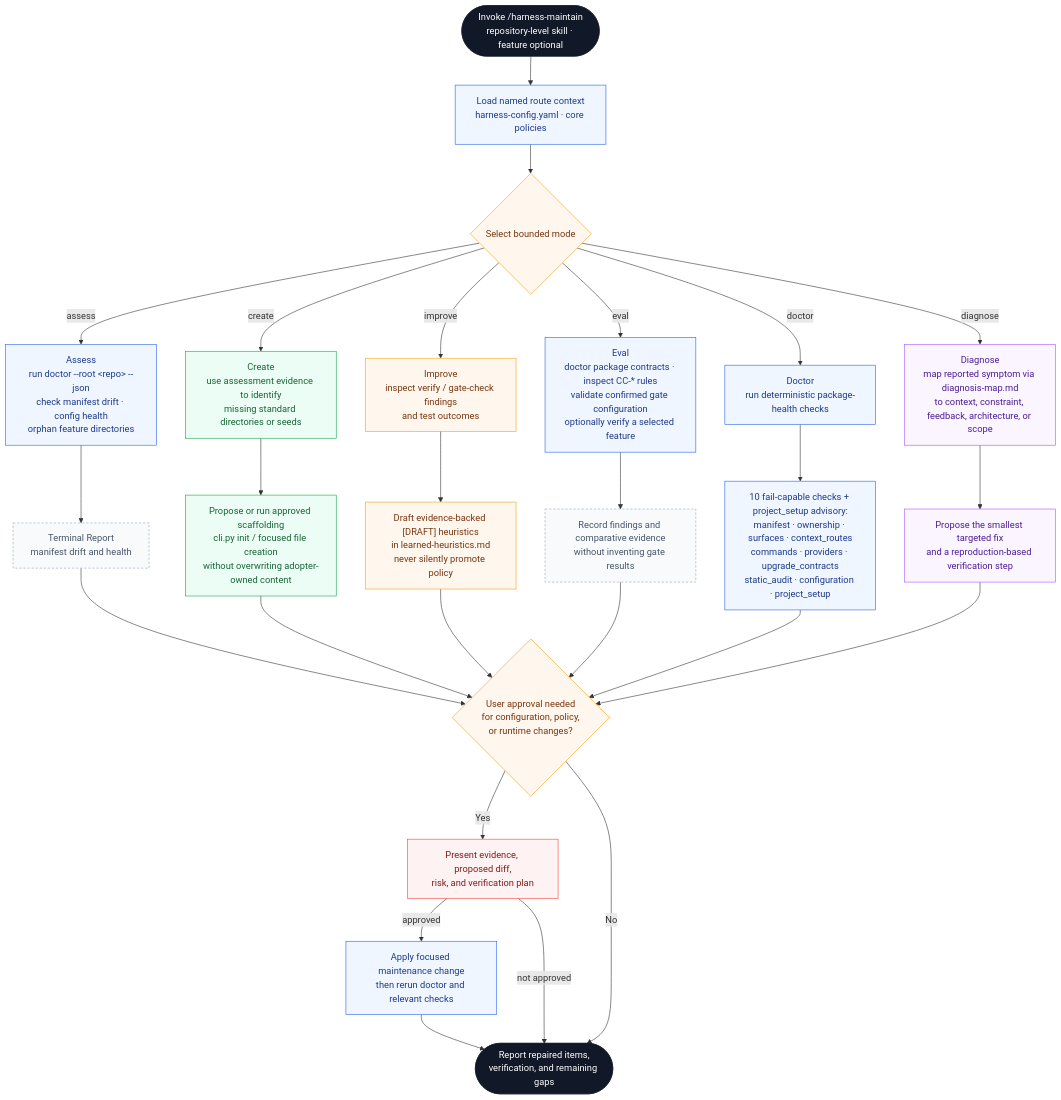
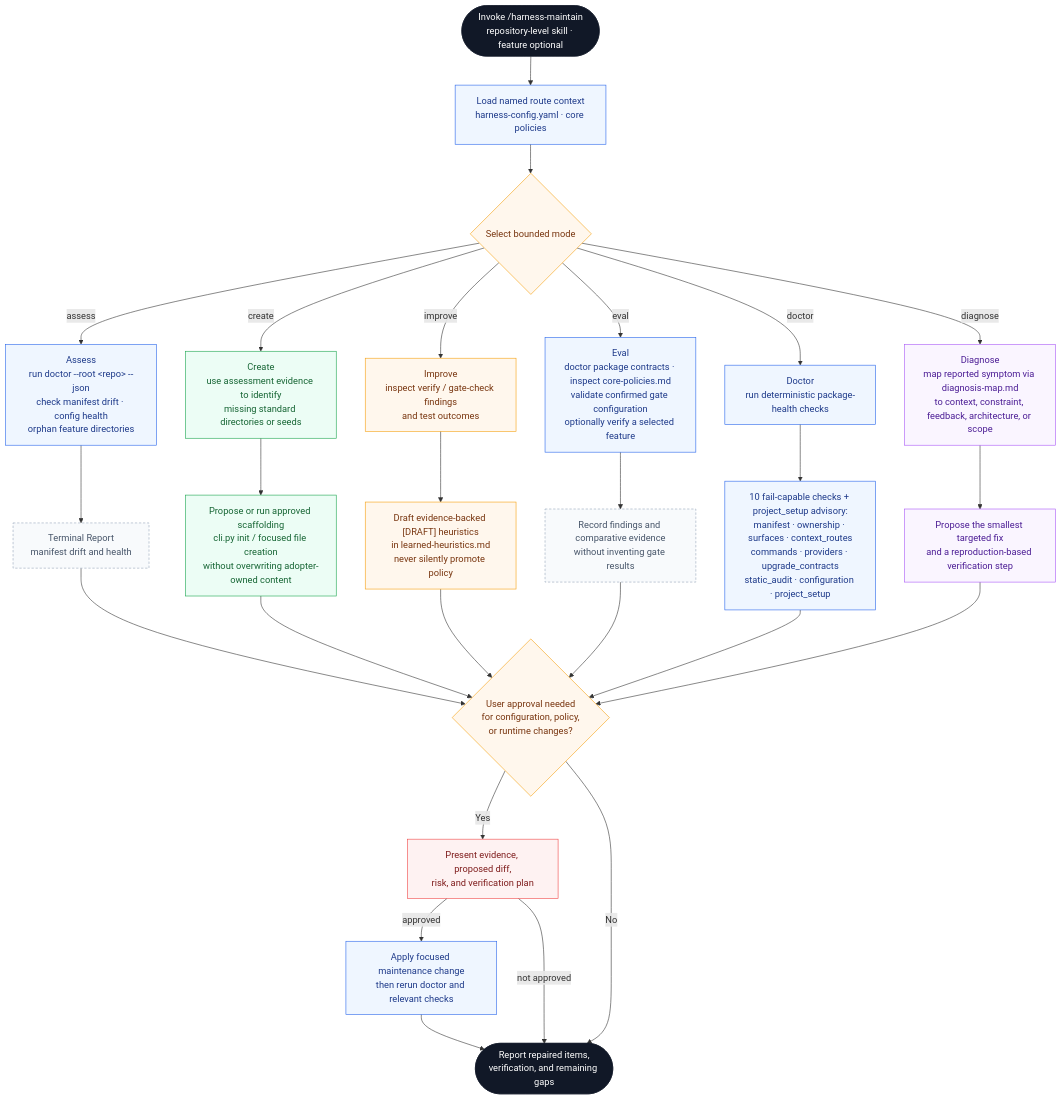
Before and after one commit to thaihai-swe/corebase-specharness: the diagram in documents/diagrams/source/harness/harness-maintenance.mmd, drawn with Mermaid. The commit also changed 78 other files, not shown here.

```diff
--- a/documents/diagrams/source/harness/harness-maintenance.mmd
+++ b/documents/diagrams/source/harness/harness-maintenance.mmd
@@ -1,56 +1,56 @@
 flowchart TD
     %% Harness Maintenance — implementation authority:
     %% harness-maintain/SKILL.md, cli.py, harness/doctor.py, and handlers/lifecycle.py
     %% Palette: documents/diagrams/source/_shared/palette.md
 
     START(["Invoke /harness-maintain<br/>repository-level skill · feature optional"]):::terminal
     START --> CONTEXT["Load named route context<br/>harness-config.yaml · core policies"]:::core
     CONTEXT --> MODE{Select bounded mode}:::decision
 
     MODE -->|assess| ASSESS["Assess<br/>run doctor --root &lt;repo&gt; --json<br/>check manifest drift · config health<br/>orphan feature directories"]:::core
     ASSESS --> REPORT["Terminal Report<br/>manifest drift and health"]:::optional
 
     MODE -->|create| CREATE["Create<br/>use assessment evidence to identify<br/>missing standard directories or seeds"]:::gate
     CREATE --> INIT["Propose or run approved scaffolding<br/>cli.py init / focused file creation<br/>without overwriting adopter-owned content"]:::gate
 
     MODE -->|improve| IMPROVE["Improve<br/>inspect verify / gate-check findings<br/>and test outcomes"]:::decision
     IMPROVE --> DRAFT["Draft evidence-backed [DRAFT] heuristics<br/>in learned-heuristics.md<br/>never silently promote policy"]:::decision
 
-    MODE -->|eval| EVAL["Eval<br/>doctor package contracts · inspect CC-* rules<br/>validate confirmed gate configuration<br/>optionally verify a selected feature"]:::core
+    MODE -->|eval| EVAL["Eval<br/>doctor package contracts · inspect core-policies.md<br/>validate confirmed gate configuration<br/>optionally verify a selected feature"]:::core
     EVAL --> EVAL_OUT["Record findings and comparative evidence<br/>without inventing gate results"]:::optional
 
     MODE -->|doctor| DOCTOR["Doctor<br/>run deterministic package-health checks"]:::core
     DOCTOR --> CHECKS["10 fail-capable checks + project_setup advisory:<br/>manifest · ownership · surfaces · context_routes<br/>commands · providers · upgrade_contracts<br/>static_audit · configuration · project_setup"]:::core
 
     MODE -->|diagnose| DIAGNOSE["Diagnose<br/>map reported symptom via diagnosis-map.md<br/>to context, constraint, feedback, architecture, or scope"]:::memory
     DIAGNOSE --> FIX["Propose the smallest targeted fix<br/>and a reproduction-based verification step"]:::memory
 
     REPORT --> REVIEW
     INIT --> REVIEW
     DRAFT --> REVIEW
     EVAL_OUT --> REVIEW
     CHECKS --> REVIEW
     FIX --> REVIEW
 
     REVIEW{User approval needed<br/>for configuration, policy,<br/>or runtime changes?}:::decision
     REVIEW -->|Yes| APPROVE["Present evidence, proposed diff,<br/>risk, and verification plan"]:::fail
     APPROVE -->|approved| APPLY["Apply focused maintenance change<br/>then rerun doctor and relevant checks"]:::core
     APPROVE -->|not approved| END
     REVIEW -->|No| END
     APPLY --> END(["Report repaired items,<br/>verification, and remaining gaps"]):::terminal
 
     classDef terminal fill:#111827,stroke:#111827,color:#fff
     classDef core fill:#eff6ff,stroke:#2563eb,color:#1e3a8a
     classDef gate fill:#ecfdf5,stroke:#16a34a,color:#166534
     classDef decision fill:#fff7ed,stroke:#f59e0b,color:#78350f
     classDef optional fill:#f8fafc,stroke:#94a3b8,color:#475569,stroke-dasharray:4 3
     classDef memory fill:#faf5ff,stroke:#a855f7,color:#4c1d95
     classDef fail fill:#fef2f2,stroke:#ef4444,color:#7f1d1d
 
     class START,END terminal
     class CONTEXT,ASSESS,EVAL,DOCTOR,CHECKS,APPLY core
     class CREATE,INIT gate
     class MODE,IMPROVE,DRAFT,REVIEW decision
     class REPORT,EVAL_OUT optional
     class DIAGNOSE,FIX memory
     class APPROVE fail
```
